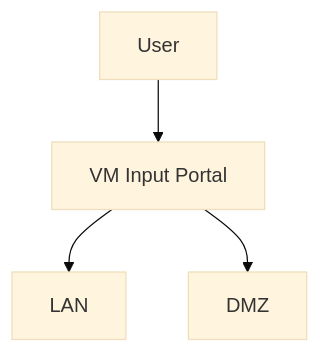
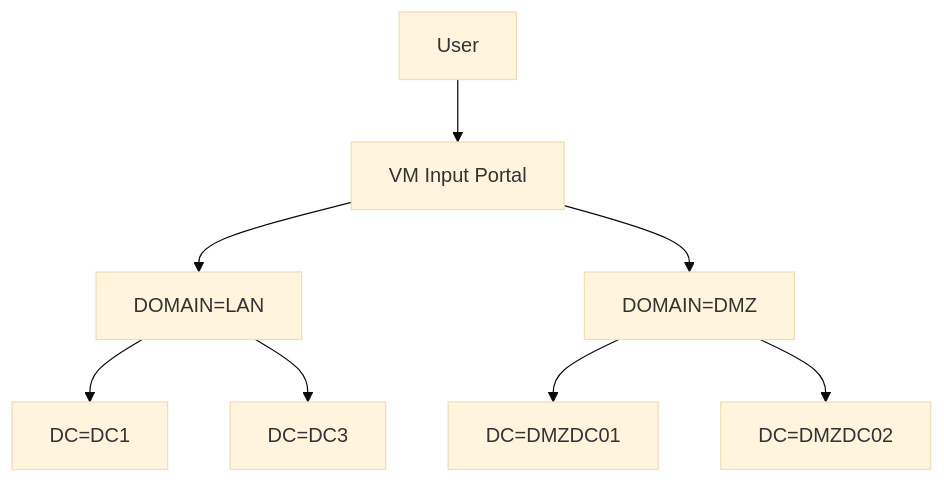
Before and after one commit to steve3535/provisioning: the diagram in decision_tree.md, drawn with Mermaid (base theme).

````diff
--- a/decision_tree.md
+++ b/decision_tree.md
@@ -1,6 +1,10 @@
 ```mermaid
 graph TD
    A[User] --> B[VM Input Portal]
-   B --> C[LAN]
-   B --> D[DMZ] 
+   B --> C[DOMAIN=LAN]
+   B --> D[DOMAIN=DMZ]
+   C --> E[DC=DC1]
+   C --> F[DC=DC3]
+   D --> G[DC=DMZDC01]
+   D --> H[DC=DMZDC02]
 ```
````
